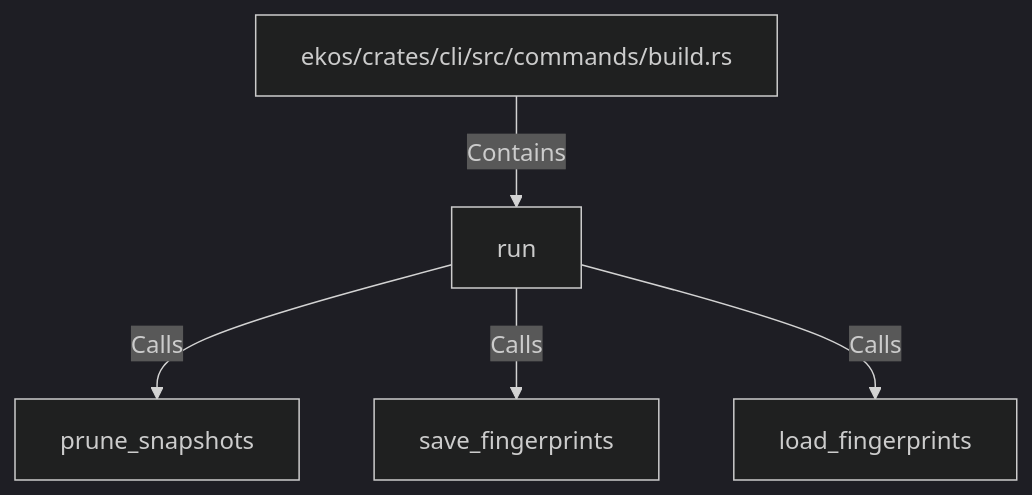
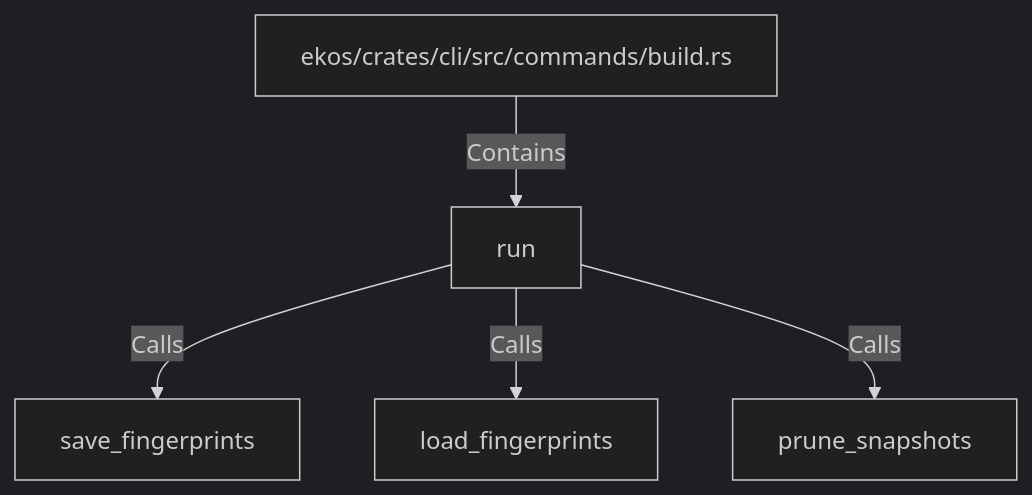
The diagram in doc/entities/rustsymbol/ru/run-d09318f4.md (alexeyban/EKOS), drawn with Mermaid (dark theme) before and after one commit. The commit also changed other lines of this file and 552 other files, not shown here.

````diff
--- a/doc/entities/rustsymbol/ru/run-d09318f4.md
+++ b/doc/entities/rustsymbol/ru/run-d09318f4.md
@@ -23,12 +23,12 @@
 ```mermaid
 graph TD
     nd09318f4bb3c5be79348151887565314["run"]
     n306def2ebd5a57849453692c119e8d43["ekos/crates/cli/src/commands/build.rs"]
     n306def2ebd5a57849453692c119e8d43 -->|Contains| nd09318f4bb3c5be79348151887565314
-    nf9f6018526ce5298b38717a129857d00["prune_snapshots"]
-    nd09318f4bb3c5be79348151887565314 -->|Calls| nf9f6018526ce5298b38717a129857d00
     nb7ee036914d25ac7a8b9893ebb6644d7["save_fingerprints"]
     nd09318f4bb3c5be79348151887565314 -->|Calls| nb7ee036914d25ac7a8b9893ebb6644d7
     nab00e3322b4e50ad9ea7b0178ac4cd6b["load_fingerprints"]
     nd09318f4bb3c5be79348151887565314 -->|Calls| nab00e3322b4e50ad9ea7b0178ac4cd6b
+    nf9f6018526ce5298b38717a129857d00["prune_snapshots"]
+    nd09318f4bb3c5be79348151887565314 -->|Calls| nf9f6018526ce5298b38717a129857d00
 ```
````
